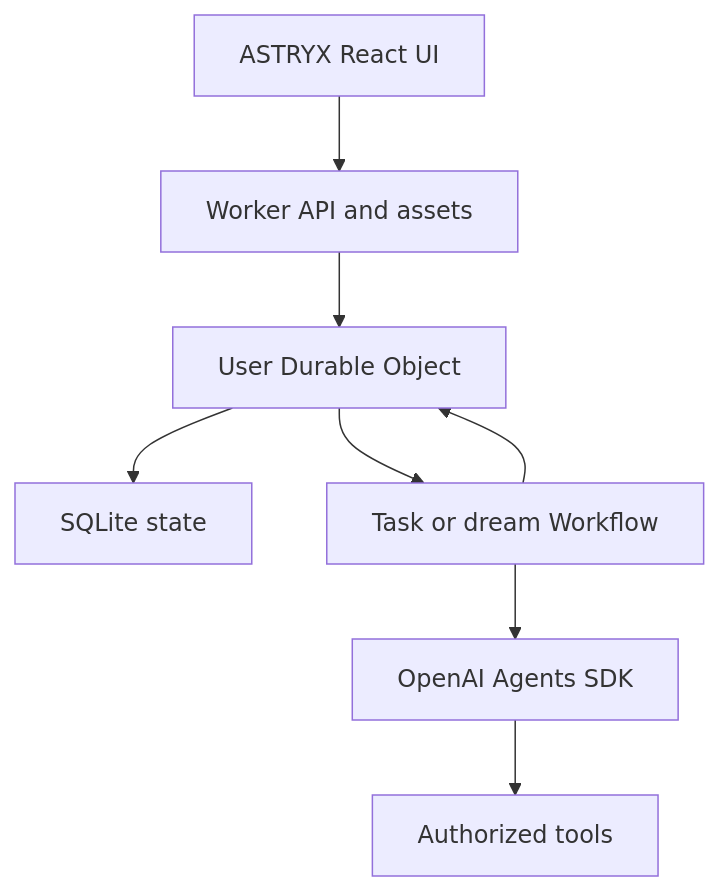
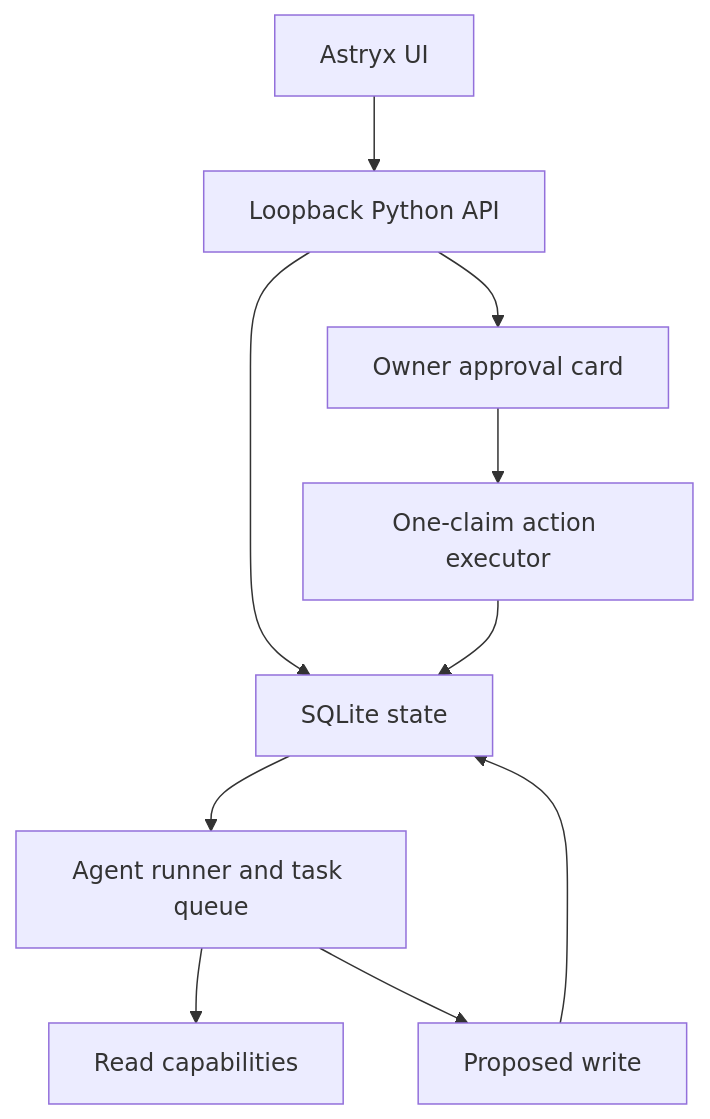
Before and after one commit to srikarvishnudatta/personal-assistant-harness: the diagram in docs/ARCHITECTURE.md, drawn with Mermaid. The commit also changed other lines of this file and 80 other files, not shown here.

Commit message:
Migrate agent runtime to Python and add interactive project guide

````diff
--- a/docs/ARCHITECTURE.md
+++ b/docs/ARCHITECTURE.md
@@ -7,10 +14,12 @@
 ```mermaid
 flowchart TD
-    C["ASTRYX React UI"] --> W["Worker API and assets"]
-    W --> D["User Durable Object"]
-    D --> S["SQLite state"]
-    D --> F["Task or dream Workflow"]
-    F --> A["OpenAI Agents SDK"]
-    A --> T["Authorized tools"]
-    F --> D
+  UI["Astryx UI"] --> API["Loopback Python API"]
+  API --> DB["SQLite state"]
+  DB --> RUN["Agent runner and task queue"]
+  RUN --> READ["Read capabilities"]
+  RUN --> PROPOSE["Proposed write"]
+  PROPOSE --> DB
+  API --> APPROVE["Owner approval card"]
+  APPROVE --> EXEC["One-claim action executor"]
+  EXEC --> DB
 ```
````
